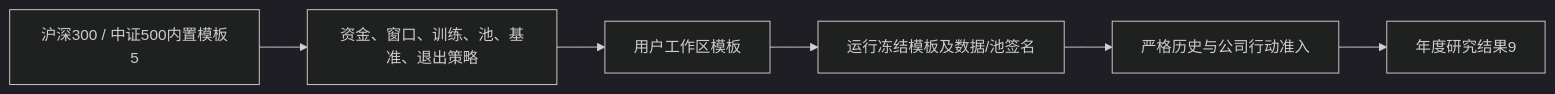
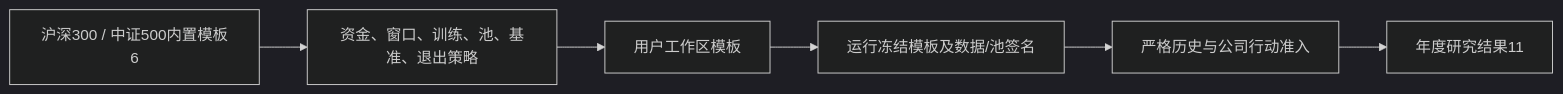
The second of 4 diagrams in crates/workflow/templates/README.md (Dennishaha/JFQuant), drawn with Mermaid (dark theme) before and after one commit. The commit also changed other lines of this file and 71 other files, not shown here.

````diff
--- a/crates/workflow/templates/README.md
+++ b/crates/workflow/templates/README.md
@@ -56,8 +56,8 @@
 ```mermaid
 flowchart LR
-  BUILTIN["沪深300 / 中证500内置模板5"] --> EDIT["资金、窗口、训练、池、基准、退出策略"]
+  BUILTIN["沪深300 / 中证500内置模板6"] --> EDIT["资金、窗口、训练、池、基准、退出策略"]
   EDIT --> SAVE["用户工作区模板"]
   SAVE --> FREEZE["运行冻结模板及数据/池签名"]
   FREEZE --> READY["严格历史与公司行动准入"]
-  READY --> RUN["年度研究结果9"]
+  READY --> RUN["年度研究结果11"]
 ```
````
